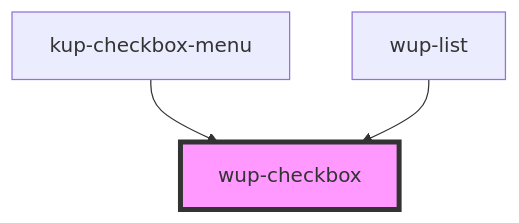
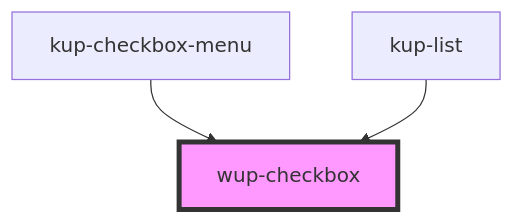
Before and after one commit to smeup/ketchup: the diagram in packages/ketchup/src/components/wup-checkbox/readme.md, drawn with Mermaid. The commit also changed other lines of this file and 47 other files, not shown here.

````diff
--- a/packages/ketchup/src/components/wup-checkbox/readme.md
+++ b/packages/ketchup/src/components/wup-checkbox/readme.md
@@ -39,6 +37,6 @@
 ```mermaid
 graph TD;
   kup-checkbox-menu --> wup-checkbox
-  wup-list --> wup-checkbox
+  kup-list --> wup-checkbox
   style wup-checkbox fill:#f9f,stroke:#333,stroke-width:4px
 ```
````
